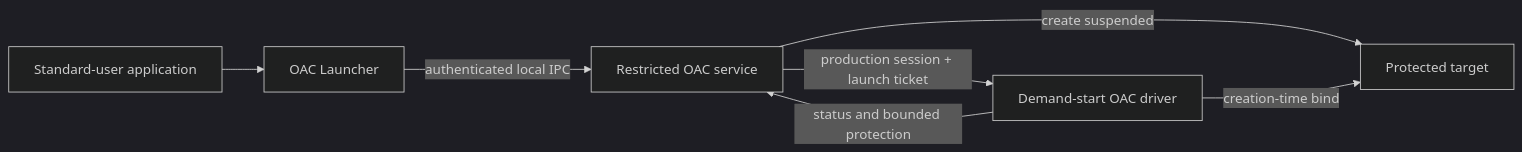
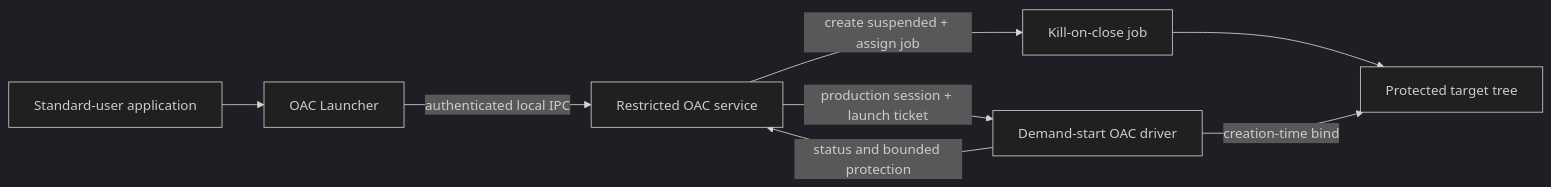
One commit to lauralex/OAC changed the diagram in README.md. Above: the diagram before and after it, drawn with Mermaid (dark theme). The commit also changed other lines of this file and 23 other files, not shown here.

Commit message:
Implement service-owned job liveness

````diff
--- a/README.md
+++ b/README.md
@@ -38,9 +39,10 @@
 ```mermaid
 flowchart LR
     User["Standard-user application"] --> Launcher["OAC Launcher"]
     Launcher -->|"authenticated local IPC"| Service["Restricted OAC service"]
     Service -->|"production session + launch ticket"| Driver["Demand-start OAC driver"]
-    Service -->|"create suspended"| Target["Protected target"]
+    Service -->|"create suspended + assign job"| Job["Kill-on-close job"]
+    Job --> Target["Protected target tree"]
     Driver -->|"creation-time bind"| Target
     Driver -->|"status and bounded protection"| Service
 ```
````
